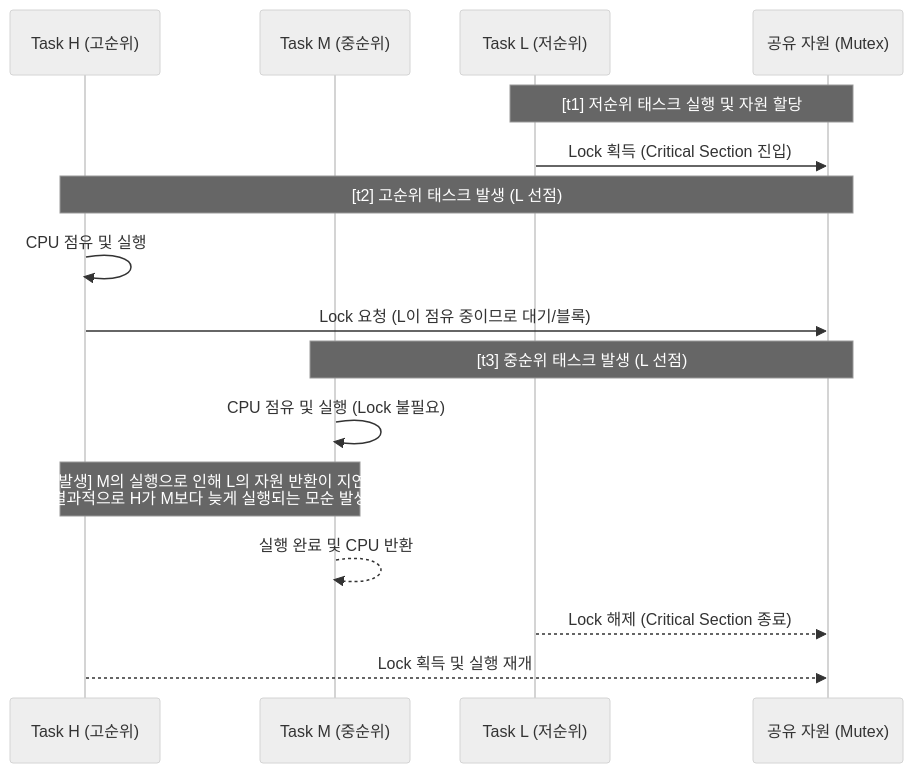
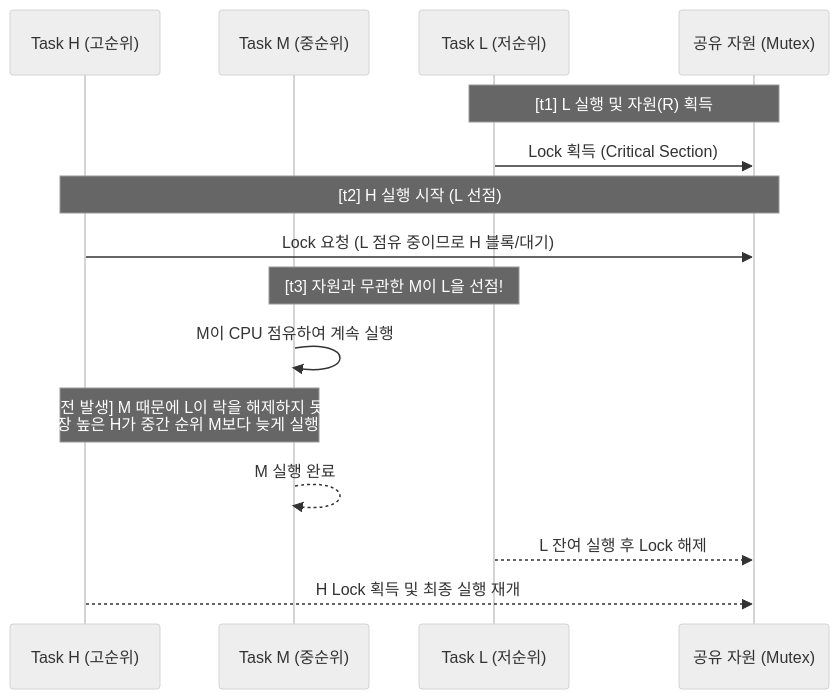
One commit to supremethumb/supremethumb.github.io changed the diagram in content/01_IT Tech/우선순위 역전현상.md. Above: the diagram before and after it, drawn with Mermaid (neutral theme). The commit also changed other lines of this file and 362 other files, not shown here.

````diff
--- a/content/01_IT Tech/우선순위 역전현상.md
+++ b/content/01_IT Tech/우선순위 역전현상.md
@@ -27,24 +36,22 @@
 ```mermaid
 sequenceDiagram
     participant H as Task H (고순위)
     participant M as Task M (중순위)
     participant L as Task L (저순위)
     participant R as 공유 자원 (Mutex)
 
-    Note over L, R: [t1] 저순위 태스크 실행 및 자원 할당
-    L->>R: Lock 획득 (Critical Section 진입)
+    Note over L, R: [t1] L 실행 및 자원(R) 획득
+    L->>R: Lock 획득 (Critical Section)
     
-    Note over H, R: [t2] 고순위 태스크 발생 (L 선점)
-    H->>H: CPU 점유 및 실행
-    H->>R: Lock 요청 (L이 점유 중이므로 대기/블록)
+    Note over H, R: [t2] H 실행 시작 (L 선점)
+    H->>R: Lock 요청 (L 점유 중이므로 H 블록/대기)
     
-    Note over M, R: [t3] 중순위 태스크 발생 (L 선점)
-    M->>M: CPU 점유 및 실행 (Lock 불필요)
+    Note over M, L: [t3] 자원과 무관한 M이 L을 선점!
+    M->>M: M이 CPU 점유하여 계속 실행
     
-    Note over H, M: [역전 발생] M의 실행으로 인해 L의 자원 반환이 지연되고,<br/>결과적으로 H가 M보다 늦게 실행되는 모순 발생
+    Note over H, M: [역전 발생] M 때문에 L이 락을 해제하지 못해<br/>가장 높은 H가 중간 순위 M보다 늦게 실행됨!
     
-    M-->>M: 실행 완료 및 CPU 반환
-    L-->>R: Lock 해제 (Critical Section 종료)
-    H-->>R: Lock 획득 및 실행 재개
-
+    M-->>M: M 실행 완료
+    L-->>R: L 잔여 실행 후 Lock 해제
+    H-->>R: H Lock 획득 및 최종 실행 재개
 ```
````
